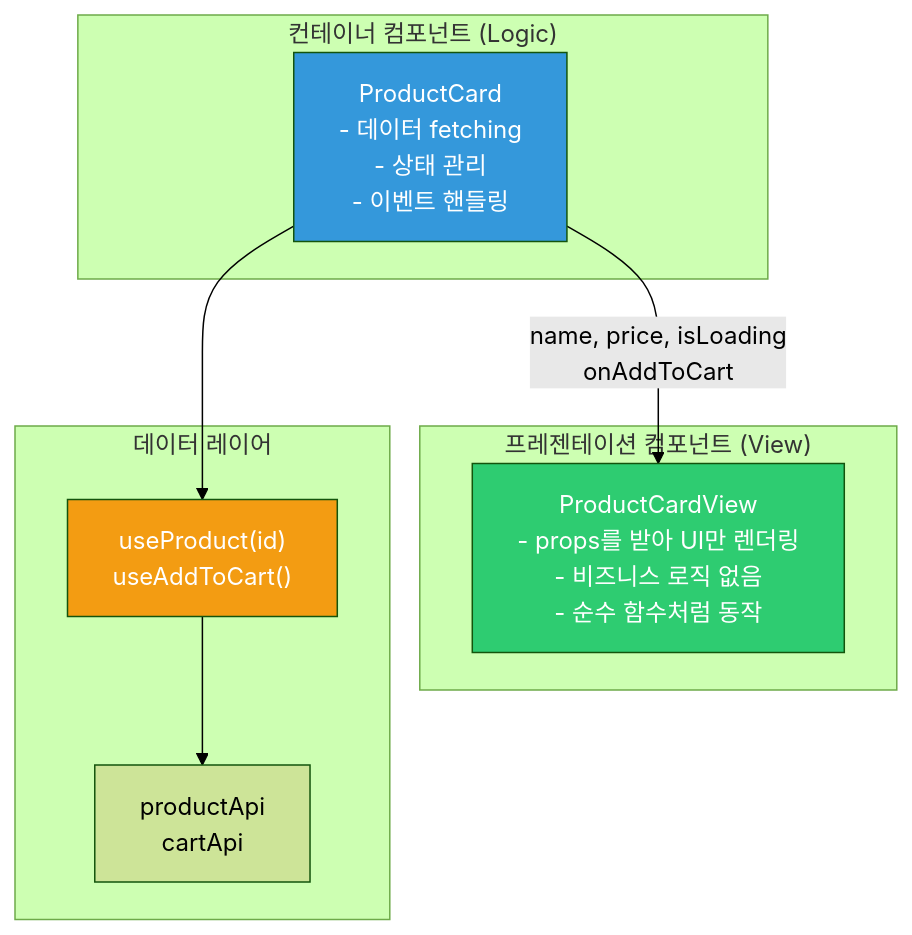
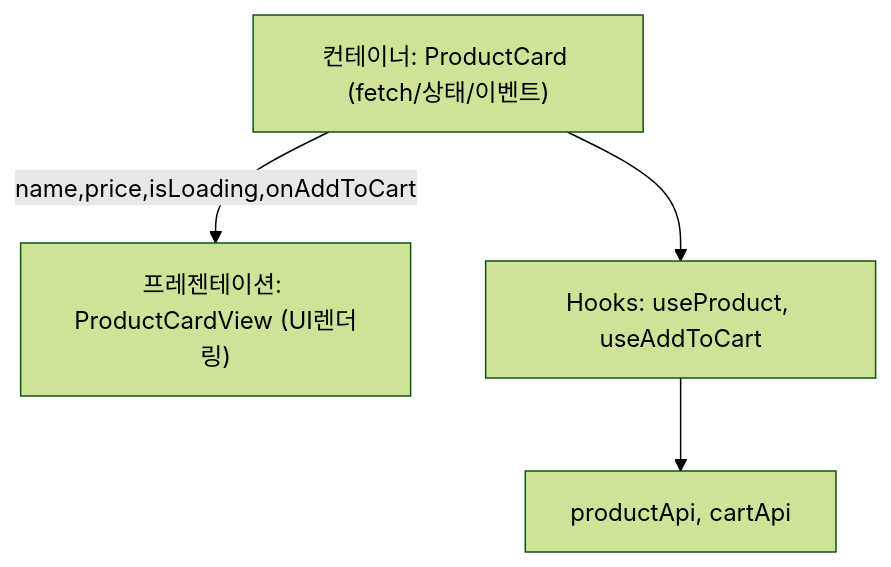
The third of 8 diagrams in _posts/frontend/2026-05-01-frontend-architecture.md (yjkim2015/yjkim2015.github.io), drawn with Mermaid (forest theme) before and after one commit. The commit also changed other lines of this file and 215 other files, not shown here.

First line of the commit message:
신규 포스트 10개 추가 + Mermaid 전면 축소 + SystemDesign 시리즈 보강

````diff
--- a/_posts/frontend/2026-05-01-frontend-architecture.md
+++ b/_posts/frontend/2026-05-01-frontend-architecture.md
@@ -127,22 +63,9 @@
 ```mermaid
 flowchart TD
-    subgraph "프레젠테이션 컴포넌트 (View)"
-        PV["ProductCardView\n- props를 받아 UI만 렌더링\n- 비즈니스 로직 없음\n- 순수 함수처럼 동작"]
-    end
-
-    subgraph "컨테이너 컴포넌트 (Logic)"
-        PC["ProductCard\n- 데이터 fetching\n- 상태 관리\n- 이벤트 핸들링"]
-    end
-
-    subgraph "데이터 레이어"
-        HK["useProduct(id)\nuseAddToCart()"]
-        API2["productApi\ncartApi"]
-    end
-
-    PC -->|"name, price, isLoading\nonAddToCart"| PV
-    PC --> HK --> API2
-
-    style PV fill:#2ecc71,color:#fff
-    style PC fill:#3498db,color:#fff
-    style HK fill:#f39c12,color:#fff
+    PC["컨테이너: ProductCard (fetch/상태/이벤트)"]
+    PV["프레젠테이션: ProductCardView (UI렌더링)"]
+    HK["Hooks: useProduct, useAddToCart"]
+    API["productApi, cartApi"]
+    PC -->|"name,price,isLoading,onAddToCart"| PV
+    PC --> HK --> API
 ```
````
